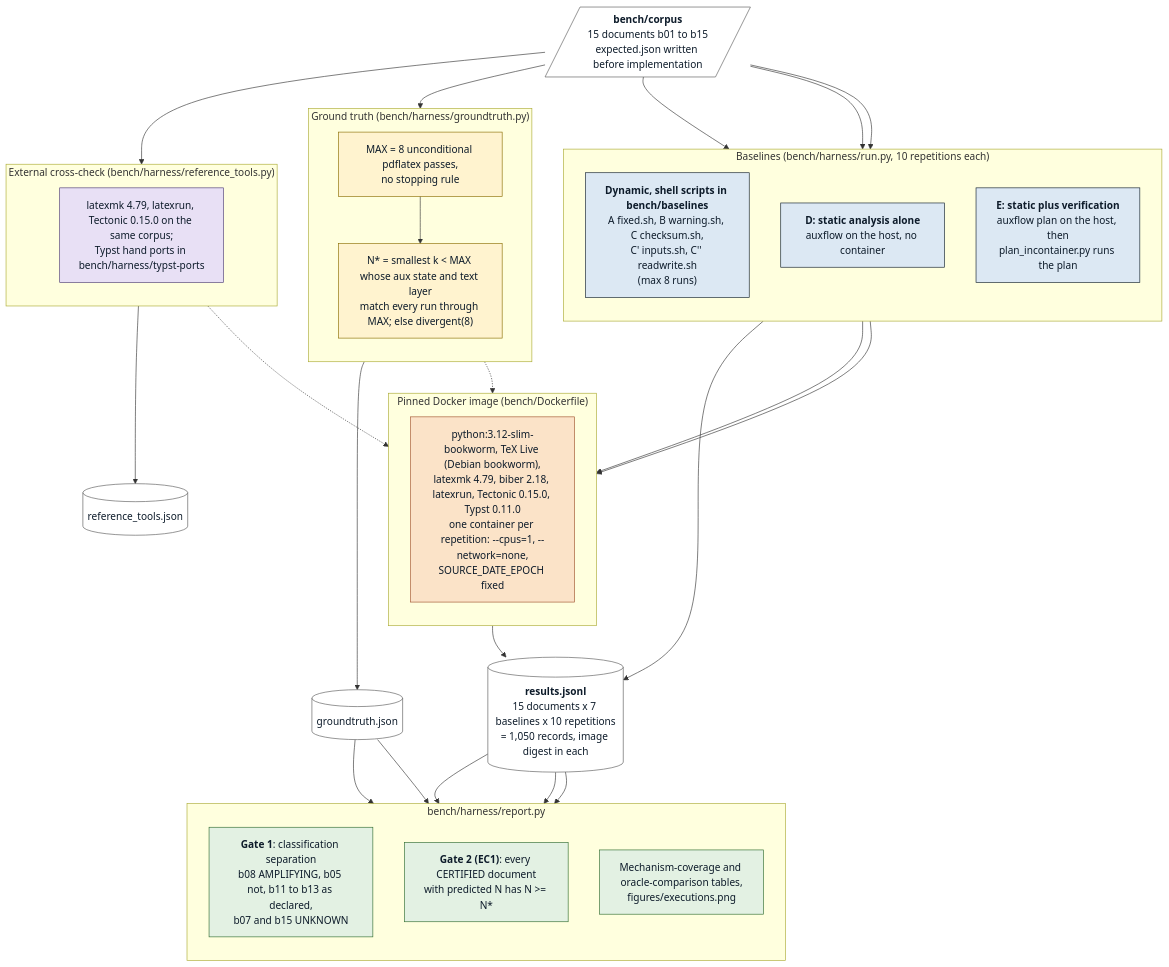
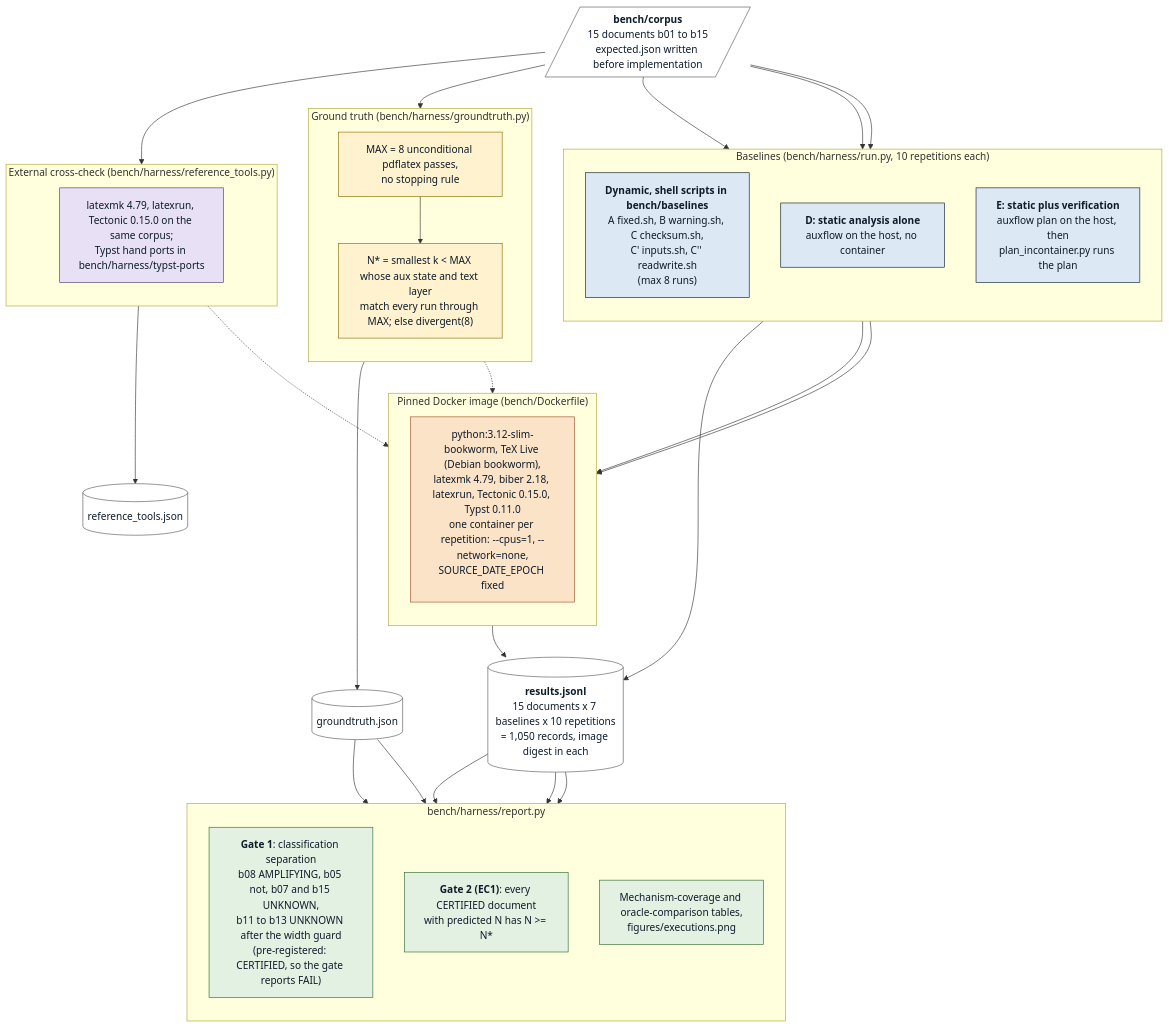
One commit to upayanmazumder/auxflow changed the diagram in docs/figures/src/evaluation-setup.mmd. Above: the diagram before and after it, drawn with Mermaid. The commit also changed 22 other files, not shown here.

```diff
--- a/docs/figures/src/evaluation-setup.mmd
+++ b/docs/figures/src/evaluation-setup.mmd
@@ -1,67 +1,67 @@
 %% Evaluation setup. Sources: docs/EVALUATION-REPORT.md, bench/harness/run.py,
 %% container.py, groundtruth.py, report.py, reference_tools.py, bench/baselines/.
 flowchart TB
     CORPUS[/"<b>bench/corpus</b><br/>15 documents b01 to b15<br/>expected.json written before implementation"/]
 
     subgraph BASE["Baselines (bench/harness/run.py, 10 repetitions each)"]
         direction TB
         DYN["<b>Dynamic, shell scripts in bench/baselines</b><br/>A fixed.sh, B warning.sh, C checksum.sh,<br/>C' inputs.sh, C'' readwrite.sh<br/>(max 8 runs)"]
         BD["<b>D: static analysis alone</b><br/>auxflow on the host, no container"]
         BE["<b>E: static plus verification</b><br/>auxflow plan on the host, then<br/>plan_incontainer.py runs the plan"]
     end
 
     subgraph IMG["Pinned Docker image (bench/Dockerfile)"]
         direction TB
         SPEC["python:3.12-slim-bookworm, TeX Live (Debian bookworm),<br/>latexmk 4.79, biber 2.18, latexrun, Tectonic 0.15.0, Typst 0.11.0<br/>one container per repetition: --cpus=1, --network=none,<br/>SOURCE_DATE_EPOCH fixed"]
     end
 
     RES[("<b>results.jsonl</b><br/>15 documents x 7 baselines x 10 repetitions<br/>= 1,050 records, image digest in each")]
 
     subgraph GT["Ground truth (bench/harness/groundtruth.py)"]
         direction TB
         GTS["MAX = 8 unconditional pdflatex passes,<br/>no stopping rule"]
         GTN["N* = smallest k < MAX whose aux state and text layer<br/>match every run through MAX; else divergent(8)"]
         GTS --> GTN
     end
     GTJ[("groundtruth.json")]
 
     subgraph REP["bench/harness/report.py"]
         direction TB
-        G1["<b>Gate 1</b>: classification separation<br/>b08 AMPLIFYING, b05 not, b11 to b13 as declared,<br/>b07 and b15 UNKNOWN"]
+        G1["<b>Gate 1</b>: classification separation<br/>b08 AMPLIFYING, b05 not, b07 and b15 UNKNOWN,<br/>b11 to b13 UNKNOWN after the width guard<br/>(pre-registered: CERTIFIED, so the gate reports FAIL)"]
         G2["<b>Gate 2 (EC1)</b>: every CERTIFIED document<br/>with predicted N has N >= N*"]
         TAB["Mechanism-coverage and oracle-comparison tables,<br/>figures/executions.png"]
     end
 
     subgraph XC["External cross-check (bench/harness/reference_tools.py)"]
         direction TB
         XT["latexmk 4.79, latexrun, Tectonic 0.15.0 on the same corpus;<br/>Typst hand ports in bench/harness/typst-ports"]
     end
     XJ[("reference_tools.json")]
 
     CORPUS --> DYN & BD & BE
     CORPUS --> GTS
     CORPUS --> XT
     DYN --> SPEC
     BE --> SPEC
     SPEC --> RES
     BD --> RES
     GTS -.-> SPEC
     GTN --> GTJ
     XT -.-> SPEC
     XT --> XJ
     RES --> G1 & G2 & TAB
     GTJ --> G2
     GTJ --> TAB
 
     classDef data fill:#FFFFFF,stroke:#5A5A5A,color:#0D1B2A
     classDef base fill:#DCE8F3,stroke:#0D1B2A,color:#0D1B2A
     classDef img fill:#FBE3C8,stroke:#A0522D,color:#0D1B2A
     classDef gt fill:#FFF3CF,stroke:#8A6D00,color:#0D1B2A
     classDef rep fill:#E3F1E3,stroke:#2E6B2E,color:#0D1B2A
     classDef xc fill:#E8E0F5,stroke:#4B3A75,color:#0D1B2A
     class CORPUS,RES,GTJ,XJ data
     class DYN,BD,BE base
     class SPEC img
     class GTS,GTN gt
     class G1,G2,TAB rep
     class XT xc
```
